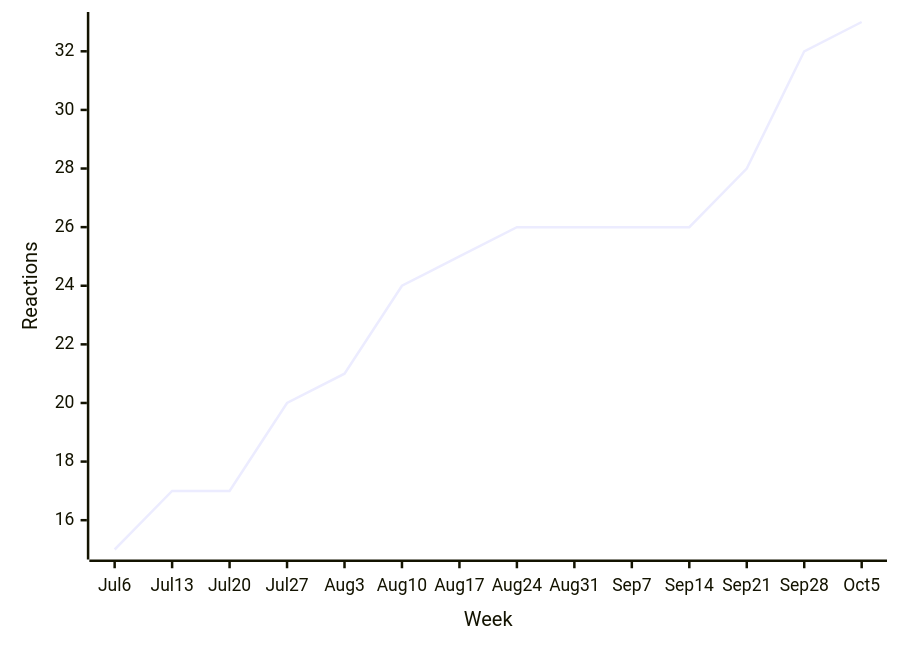
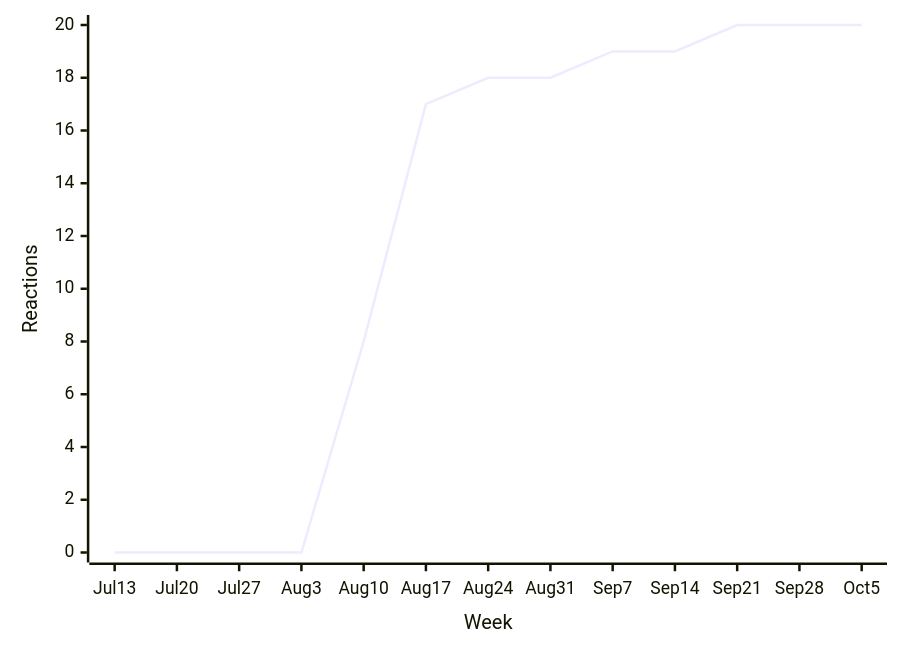
The sixth of 34 diagrams in README.md (loic-sharma/github-insights), drawn with Mermaid before and after one commit. The commit also changed other lines of this file and 3 other files, not shown here.

````diff
--- a/README.md
+++ b/README.md
@@ -409,6 +409,6 @@
   ```mermaid
   xychart-beta
-    x-axis "Week" [Jul 6, Jul 13, Jul 20, Jul 27, Aug 3, Aug 10, Aug 17, Aug 24, Aug 31, Sep 7, Sep 14, Sep 21, Sep 28, Oct 5]
-    y-axis "Reactions"
-    line [15, 17, 17, 20, 21, 24, 25, 26, 26, 26, 26, 28, 32, 33]
+    x-axis "Week" [Jul 13, Jul 20, Jul 27, Aug 3, Aug 10, Aug 17, Aug 24, Aug 31, Sep 7, Sep 14, Sep 21, Sep 28, Oct 5]
+    y-axis "Reactions" 0 --> 20
+    line [0, 0, 0, 0, 8, 17, 18, 18, 19, 19, 20, 20, 20]
   ```
````
